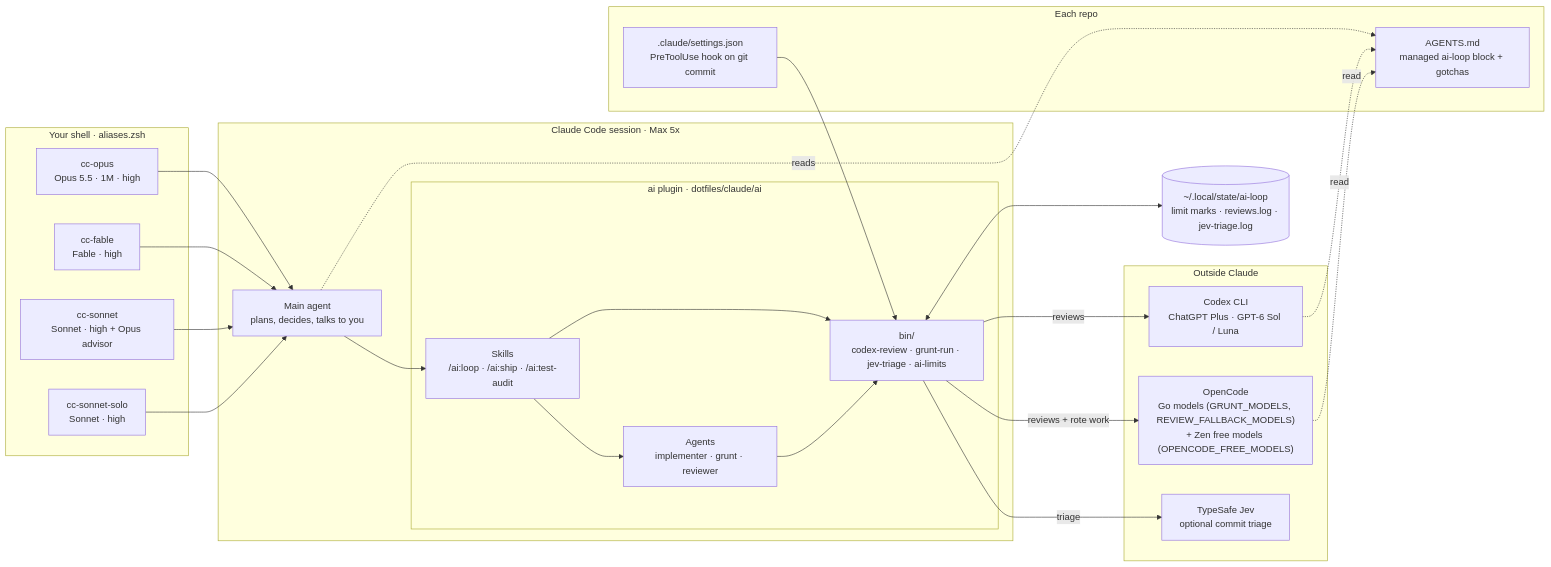
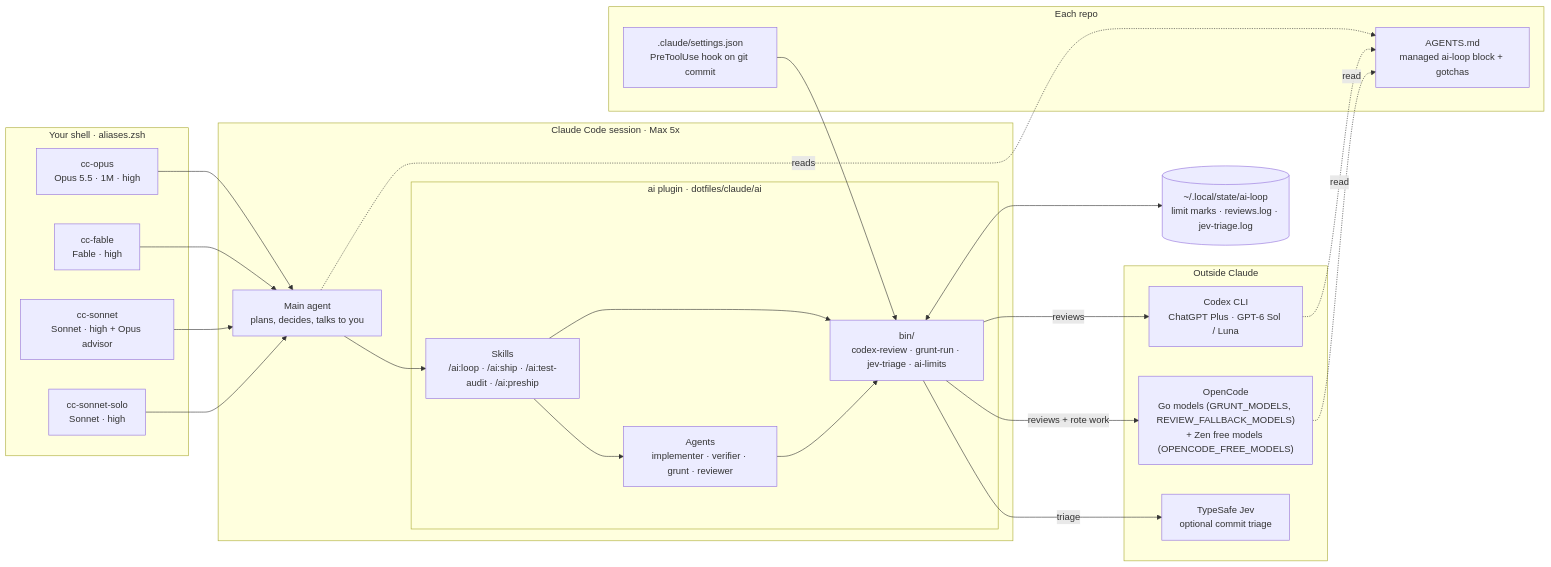
The first of 9 diagrams in claude/ARCHITECTURE.md (mrkpatchaa/dotfiles), drawn with Mermaid before and after one commit. The commit also changed other lines of this file and 8 other files, not shown here.

Commit message:
feat(ai): 0.9.0 — verifier agent, /ai:preship, loop report and planning questions

````diff
--- a/claude/ARCHITECTURE.md
+++ b/claude/ARCHITECTURE.md
@@ -18,44 +18,44 @@
 ```mermaid
 flowchart LR
   subgraph shell["Your shell · aliases.zsh"]
     A1["cc-opus<br/>Opus 5.5 · 1M · high"]
     A2["cc-fable<br/>Fable · high"]
     A3["cc-sonnet<br/>Sonnet · high + Opus advisor"]
     A4["cc-sonnet-solo<br/>Sonnet · high"]
   end
 
   subgraph cc["Claude Code session · Max 5x"]
     MAIN["Main agent<br/>plans, decides, talks to you"]
     subgraph plugin["ai plugin · dotfiles/claude/ai"]
-      SK["Skills<br/>/ai:loop · /ai:ship · /ai:test-audit"]
-      AG["Agents<br/>implementer · grunt · reviewer"]
+      SK["Skills<br/>/ai:loop · /ai:ship · /ai:test-audit · /ai:preship"]
+      AG["Agents<br/>implementer · verifier · grunt · reviewer"]
       BIN["bin/<br/>codex-review · grunt-run · jev-triage · ai-limits"]
     end
   end
 
   subgraph repo["Each repo"]
     AGM["AGENTS.md<br/>managed ai-loop block + gotchas"]
     HOOK[".claude/settings.json<br/>PreToolUse hook on git commit"]
   end
 
   subgraph ext["Outside Claude"]
     CX["Codex CLI<br/>ChatGPT Plus · GPT-6 Sol / Luna"]
     OC["OpenCode<br/>Go models (GRUNT_MODELS, REVIEW_FALLBACK_MODELS)<br/>+ Zen free models (OPENCODE_FREE_MODELS)"]
     JEV["TypeSafe Jev<br/>optional commit triage"]
   end
 
   STATE[("~/.local/state/ai-loop<br/>limit marks · reviews.log · jev-triage.log")]
 
   A1 & A2 & A3 & A4 --> MAIN
   MAIN --> SK
   SK --> AG
   SK --> BIN
   AG --> BIN
   BIN -->|reviews| CX
   BIN -->|reviews + rote work| OC
   BIN -->|triage| JEV
   HOOK --> BIN
   MAIN -. reads .-> AGM
   CX & OC -. read .-> AGM
   BIN <--> STATE
 ```
````
